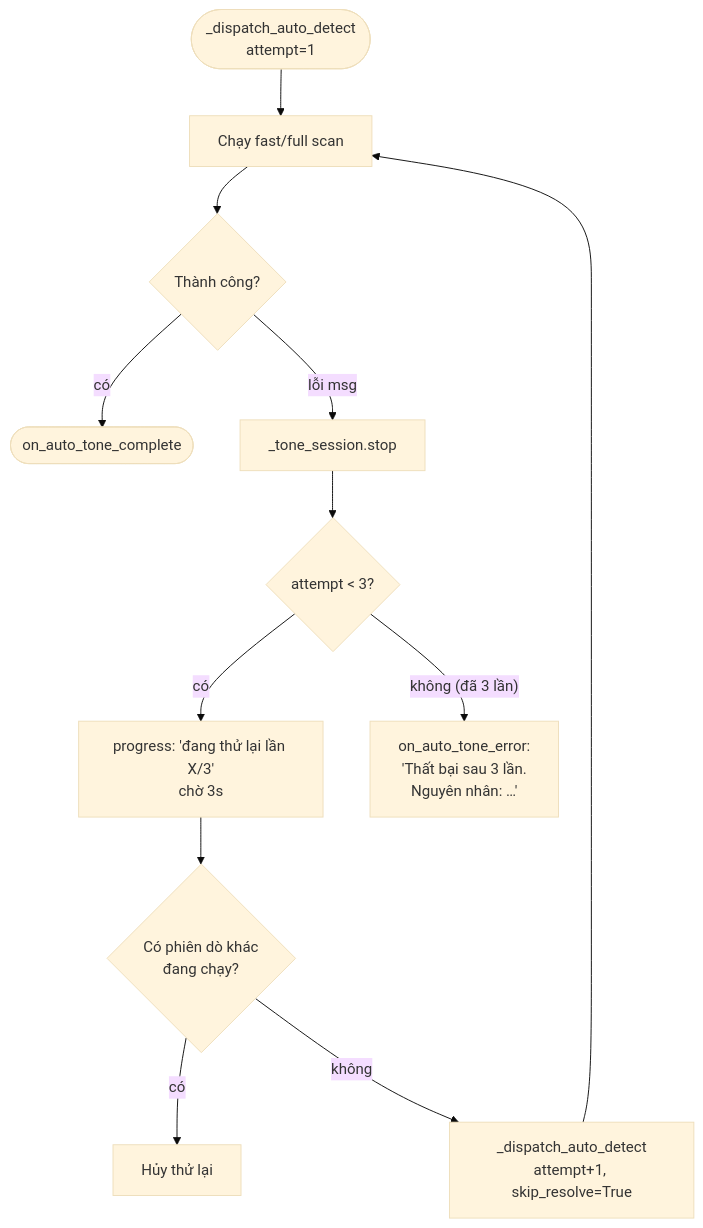
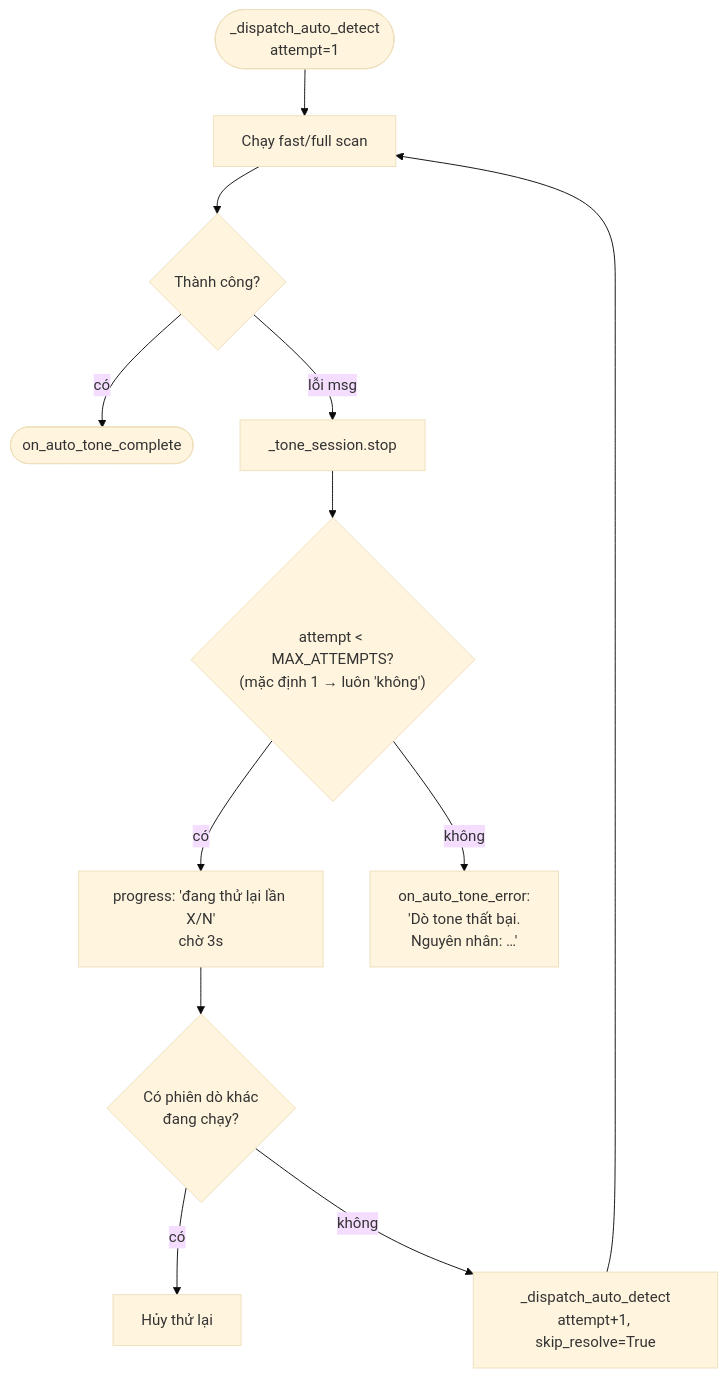
The second of 9 diagrams in docs/TONE_FLOWS.md (ligktit/quang-luu-studio), drawn with Mermaid (base theme) before and after one commit. The commit also changed other lines of this file and 75 other files, not shown here.

````diff
--- a/docs/TONE_FLOWS.md
+++ b/docs/TONE_FLOWS.md
@@ -74,14 +83,14 @@
 ```mermaid
 flowchart TD
     D0([_dispatch_auto_detect<br/>attempt=1]) --> RUN["Chạy fast/full scan"]
     RUN --> OK{Thành công?}
     OK -->|có| DONE([on_auto_tone_complete])
     OK -->|lỗi msg| STOP[_tone_session.stop]
-    STOP --> CNT{attempt < 3?}
-    CNT -->|có| WAIT["progress: 'đang thử lại lần X/3'<br/>chờ 3s"]
+    STOP --> CNT{"attempt < MAX_ATTEMPTS?<br/>(mặc định 1 → luôn 'không')"}
+    CNT -->|có| WAIT["progress: 'đang thử lại lần X/N'<br/>chờ 3s"]
     WAIT --> GUARD{Có phiên dò khác<br/>đang chạy?}
     GUARD -->|có| ABORT[Hủy thử lại]
     GUARD -->|không| RETRY["_dispatch_auto_detect<br/>attempt+1, skip_resolve=True"]
     RETRY --> RUN
-    CNT -->|"không (đã 3 lần)"| ERR["on_auto_tone_error:<br/>'Thất bại sau 3 lần.<br/>Nguyên nhân: …'"]
+    CNT -->|không| ERR["on_auto_tone_error:<br/>'Dò tone thất bại.<br/>Nguyên nhân: …'"]
 ```
````
